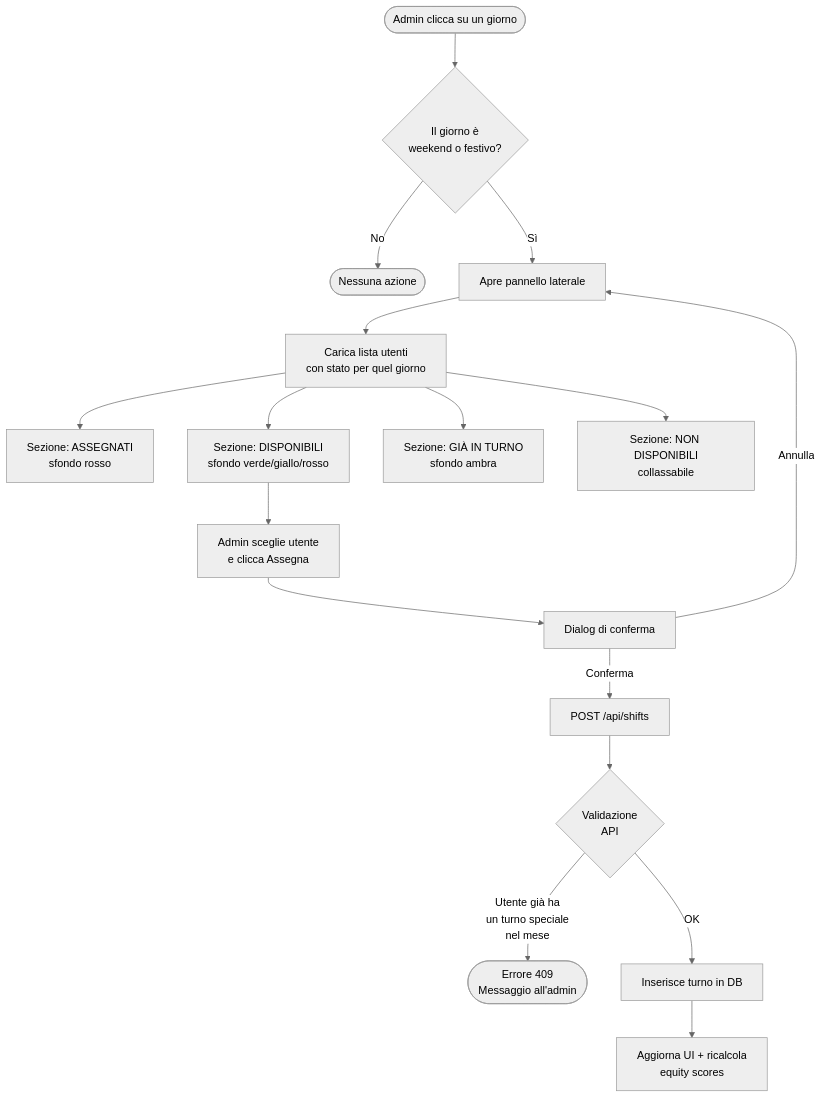
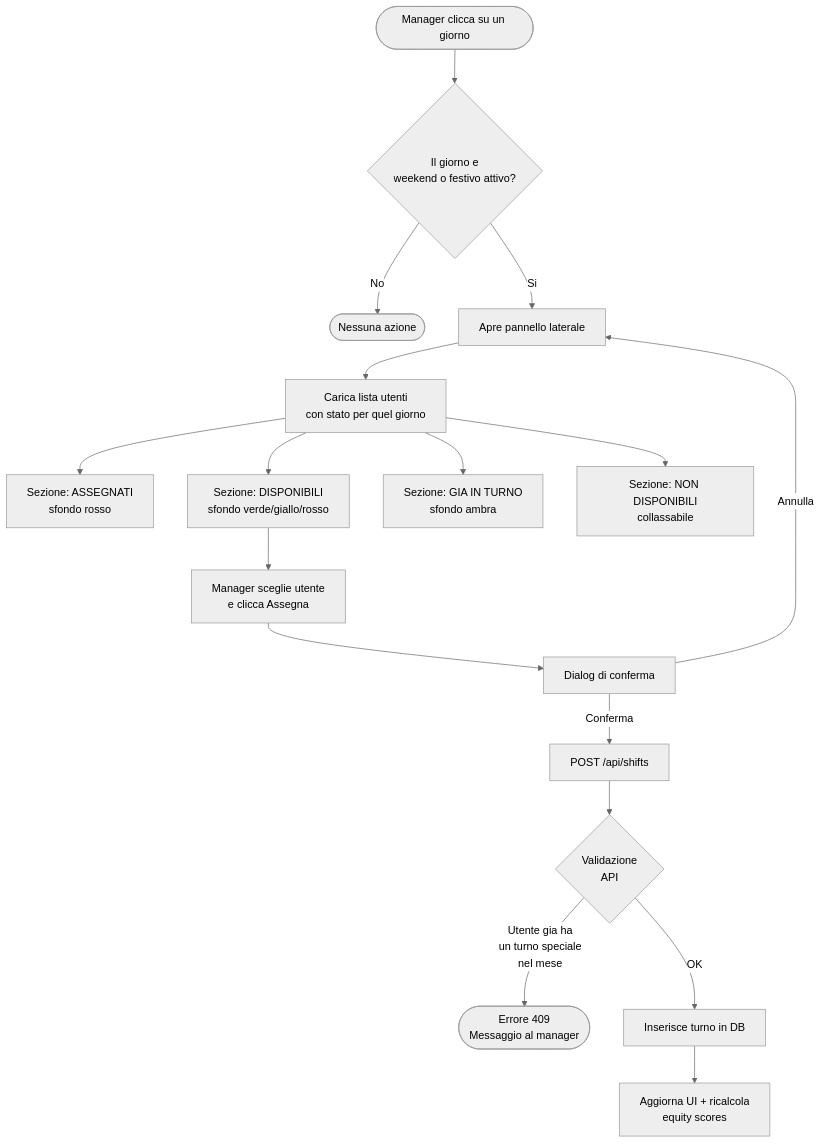
Before and after one commit to mrbenza/Turnify: the first of 5 diagrams in docs/LOGICA_TURNI.md, drawn with Mermaid (neutral theme). The commit also changed other lines of this file and 36 other files, not shown here.

````diff
--- a/docs/LOGICA_TURNI.md
+++ b/docs/LOGICA_TURNI.md
@@ -31,23 +31,23 @@
 ```mermaid
 flowchart TD
-    A([Admin clicca su un giorno]) --> B{Il giorno è\nweekend o festivo?}
+    A([Manager clicca su un giorno]) --> B{Il giorno e\nweekend o festivo attivo?}
     B -- No --> Z([Nessuna azione])
-    B -- Sì --> C[Apre pannello laterale]
+    B -- Si --> C[Apre pannello laterale]
 
     C --> D[Carica lista utenti\ncon stato per quel giorno]
 
     D --> E1[Sezione: ASSEGNATI\nsfondo rosso]
     D --> E2[Sezione: DISPONIBILI\nsfondo verde/giallo/rosso]
-    D --> E3[Sezione: GIÀ IN TURNO\nsfondo ambra]
+    D --> E3[Sezione: GIA IN TURNO\nsfondo ambra]
     D --> E4[Sezione: NON DISPONIBILI\ncollassabile]
 
-    E2 --> F[Admin sceglie utente\ne clicca Assegna]
+    E2 --> F[Manager sceglie utente\ne clicca Assegna]
     F --> G[Dialog di conferma]
     G -- Annulla --> C
     G -- Conferma --> H[POST /api/shifts]
 
     H --> I{Validazione\nAPI}
-    I -- Utente già ha\nun turno speciale\nnel mese --> J([Errore 409\nMessaggio all'admin])
+    I -- Utente gia ha\nun turno speciale\nnel mese --> J([Errore 409\nMessaggio al manager])
     I -- OK --> K[Inserisce turno in DB]
     K --> L[Aggiorna UI + ricalcola\nequity scores]
 ```
````
